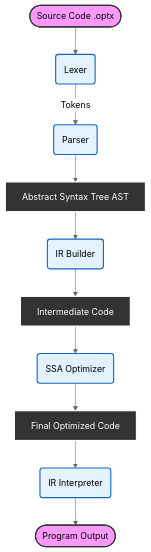
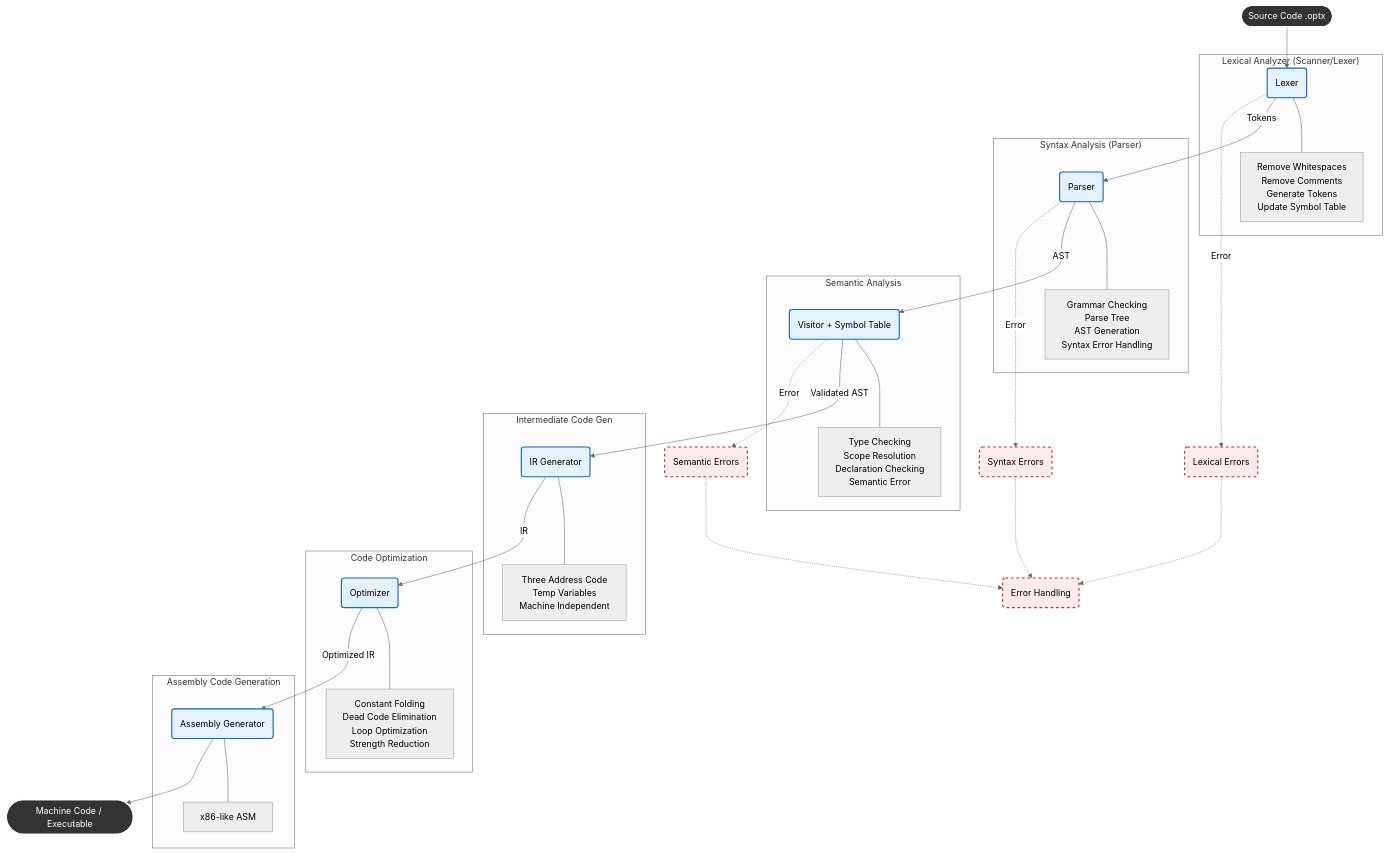
Before and after one commit to AdityaPandey-DEV/Optimix-Compiler: the diagram in flowchart.md, drawn with Mermaid (neutral theme). The commit also changed other lines of this file and 1 other file, not shown here.

Commit message:
docs: Update flowchart.md and add hand-drawn flowchart.png

````diff
--- a/flowchart.md
+++ b/flowchart.md
@@ -18,26 +10,74 @@
 ```mermaid
 graph TD
+    classDef phase fill:#e3f2fd,stroke:#1565c0,stroke-width:2px;
+    classDef error fill:#ffebee,stroke:#c62828,stroke-width:2px,stroke-dasharray: 5 5;
+    classDef artifact fill:#333,stroke:#fff,stroke-width:2px,color:#fff;
+
+    %% Source Code
+    Source([Source Code .optx]) --> Lexer
+    
+    %% 1. Lexical Analysis
+    subgraph "Lexical Analyzer (Scanner/Lexer)"
+        Lexer(Lexer)
+        LexerDetails[Remove Whitespaces<br/>Remove Comments<br/>Generate Tokens<br/>Update Symbol Table]
+        Lexer --- LexerDetails
+    end
+    
+    Lexer -->|Tokens| Parser
+    Lexer -.->|Error| LexError(Lexical Errors)
+    LexError -.-> ErrorHandler(Error Handling)
+
+    %% 2. Syntax Analysis
+    subgraph "Syntax Analysis (Parser)"
+        Parser(Parser)
+        ParserDetails[Grammar Checking<br/>Parse Tree<br/>AST Generation<br/>Syntax Error Handling]
+        Parser --- ParserDetails
+    end
+    
+    Parser -->|AST| Semantic
+    Parser -.->|Error| SynError(Syntax Errors)
+    SynError -.-> ErrorHandler
+
+    %% 3. Semantic Analysis
+    subgraph "Semantic Analysis"
+        Semantic(Visitor + Symbol Table)
+        SemanticDetails[Type Checking<br/>Scope Resolution<br/>Declaration Checking<br/>Semantic Error]
+        Semantic --- SemanticDetails
+    end
+    
+    Semantic -->|Validated AST| ICG
+    Semantic -.->|Error| SemError(Semantic Errors)
+    SemError -.-> ErrorHandler
+
+    %% 4. Intermediate Code Generation
+    subgraph "Intermediate Code Gen"
+        ICG(IR Generator)
+        ICGDetails[Three Address Code<br/>Temp Variables<br/>Machine Independent]
+        ICG --- ICGDetails
+    end
+    
+    ICG -->|IR| Optimizer
+
+    %% 5. Code Optimization
+    subgraph "Code Optimization"
+        Optimizer(Optimizer)
+        OptDetails[Constant Folding<br/>Dead Code Elimination<br/>Loop Optimization<br/>Strength Reduction]
+        Optimizer --- OptDetails
+    end
+    
+    Optimizer -->|Optimized IR| AssemblyGen
+
+    %% 6. Assembly Code Generation
+    subgraph "Assembly Code Generation"
+        AssemblyGen(Assembly Generator)
+        AsmDetails[x86-like ASM]
+        AssemblyGen --- AsmDetails
+    end
+    
+    AssemblyGen --> MachineCode([Machine Code / Executable])
+
     %% Styling
-    classDef input fill:#f9f,stroke:#333,stroke-width:2px;
-    classDef process fill:#e3f2fd,stroke:#1565c0,stroke-width:2px;
-    classDef output fill:#333,stroke:#fff,stroke-width:2px,color:#fff;
-
-    %% Main Flow
-    Input([Source Code .optx]) --> Lexer(Lexer)
-    Lexer -->|Tokens| Parser(Parser)
-    Parser --> AST[Abstract Syntax Tree AST]
-    
-    AST --> IRBuilder(IR Builder)
-    
-    IRBuilder --> IR[Intermediate Code]
-    IR --> SSA(SSA Optimizer)
-    SSA --> OptIR[Final Optimized Code]
-    
-    OptIR --> Interpreter(IR Interpreter)
-    Interpreter --> Output([Program Output])
-
-    %% Classes
-    class Input,Output input;
-    class Lexer,Parser,IRBuilder,SSA,Interpreter process;
-    class AST,IR,OptIR output;
+    class Source,MachineCode artifact;
+    class Lexer,Parser,Semantic,ICG,Optimizer,AssemblyGen phase;
+    class LexError,SynError,SemError,ErrorHandler error;
 ```
````
